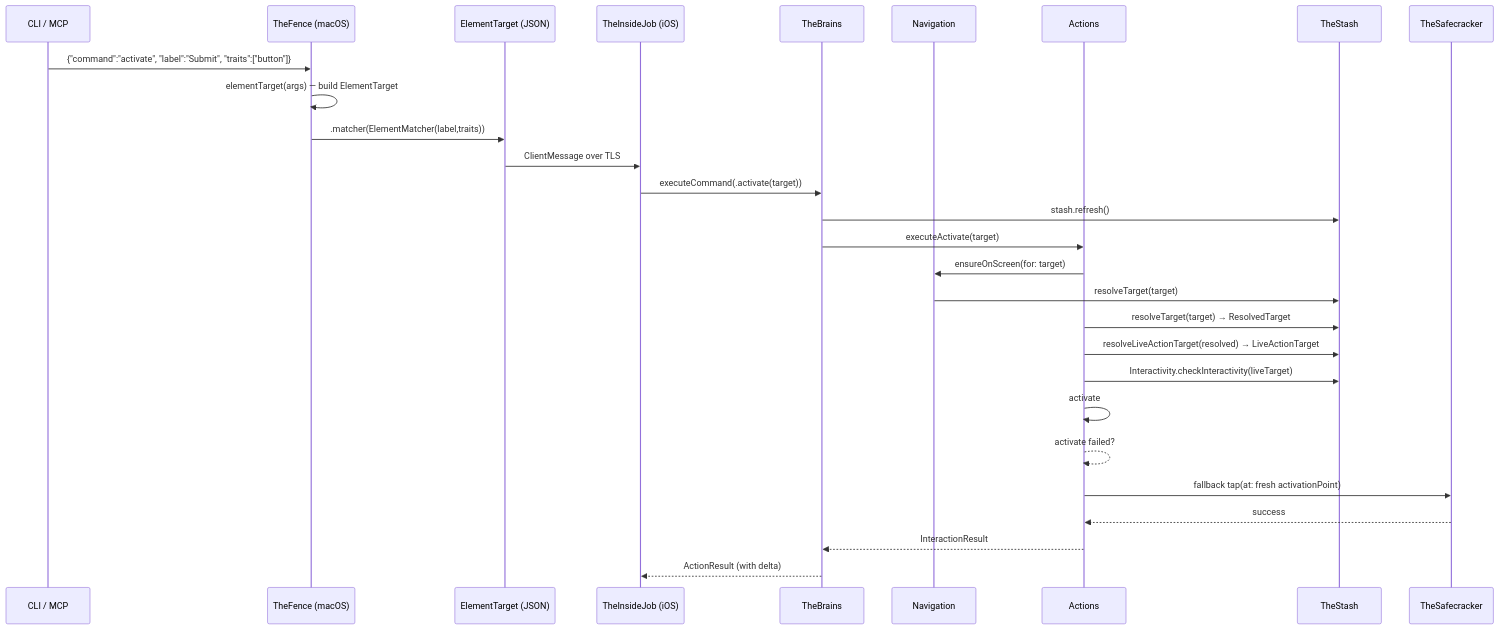
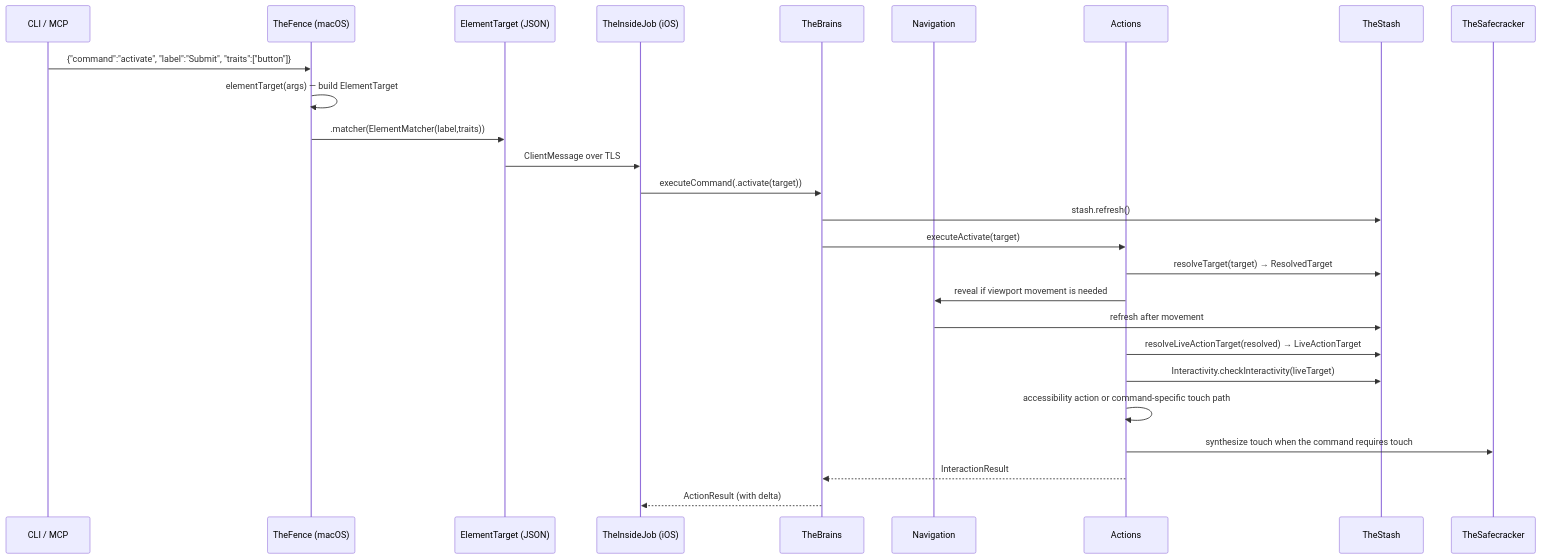
Before and after one commit to RoyalPineapple/TheButtonHeist: the first of 2 diagrams in docs/dossiers/12-UNIFIED-TARGETING.md, drawn with Mermaid. The commit also changed other lines of this file and 17 other files, not shown here.

````diff
--- a/docs/dossiers/12-UNIFIED-TARGETING.md
+++ b/docs/dossiers/12-UNIFIED-TARGETING.md
@@ -39,31 +39,29 @@
 ```mermaid
 sequenceDiagram
     participant Caller as CLI / MCP
     participant TF as TheFence (macOS)
     participant Wire as ElementTarget (JSON)
     participant IJ as TheInsideJob (iOS)
     participant TB as TheBrains
     participant NAV as Navigation
     participant ACT as Actions
     participant ST as TheStash
     participant TS as TheSafecracker
 
     Caller->>TF: {"command":"activate", "label":"Submit", "traits":["button"]}
     TF->>TF: elementTarget(args) — build ElementTarget
     TF->>Wire: .matcher(ElementMatcher(label,traits))
     Wire->>IJ: ClientMessage over TLS
     IJ->>TB: executeCommand(.activate(target))
     TB->>ST: stash.refresh()
     TB->>ACT: executeActivate(target)
-    ACT->>NAV: ensureOnScreen(for: target)
-    NAV->>ST: resolveTarget(target)
     ACT->>ST: resolveTarget(target) → ResolvedTarget
+    ACT->>NAV: reveal if viewport movement is needed
+    NAV->>ST: refresh after movement
     ACT->>ST: resolveLiveActionTarget(resolved) → LiveActionTarget
     ACT->>ST: Interactivity.checkInteractivity(liveTarget)
-    ACT->>ACT: activate
-    ACT-->>ACT: activate failed?
-    ACT->>TS: fallback tap(at: fresh activationPoint)
-    TS-->>ACT: success
+    ACT->>ACT: accessibility action or command-specific touch path
+    ACT->>TS: synthesize touch when the command requires touch
     ACT-->>TB: InteractionResult
     TB-->>IJ: ActionResult (with delta)
 ```
````
